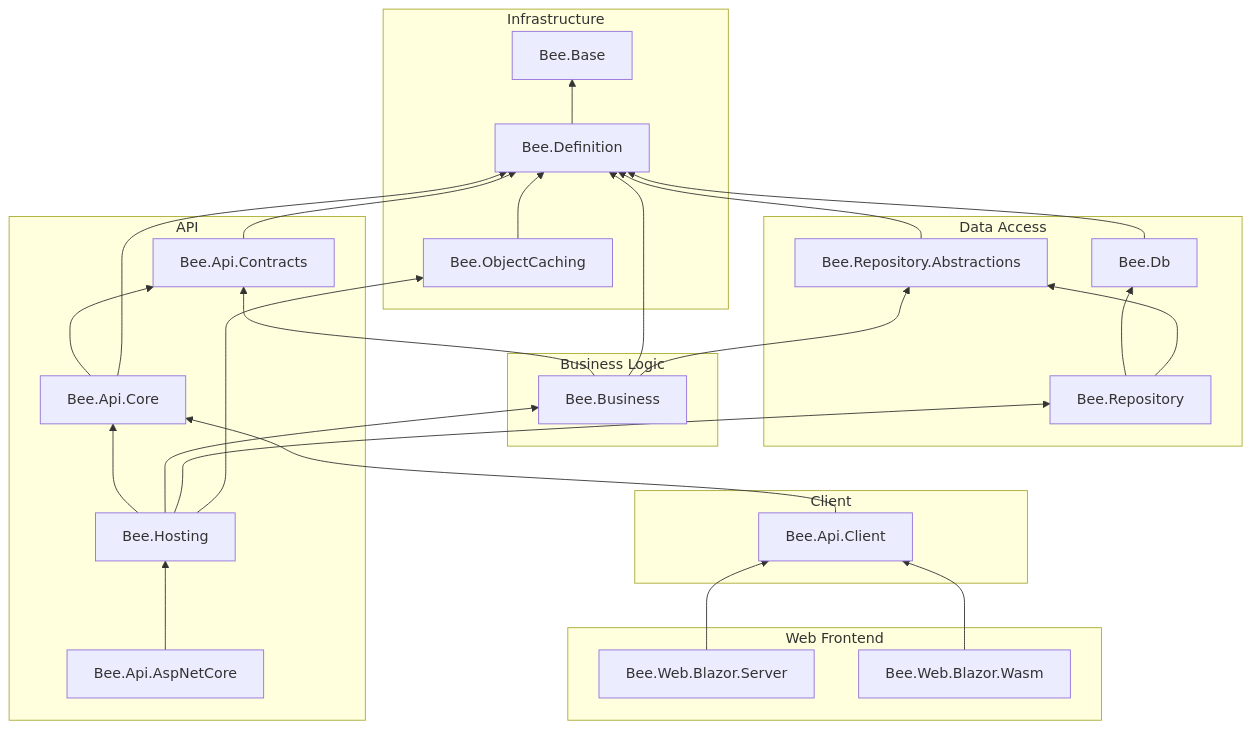
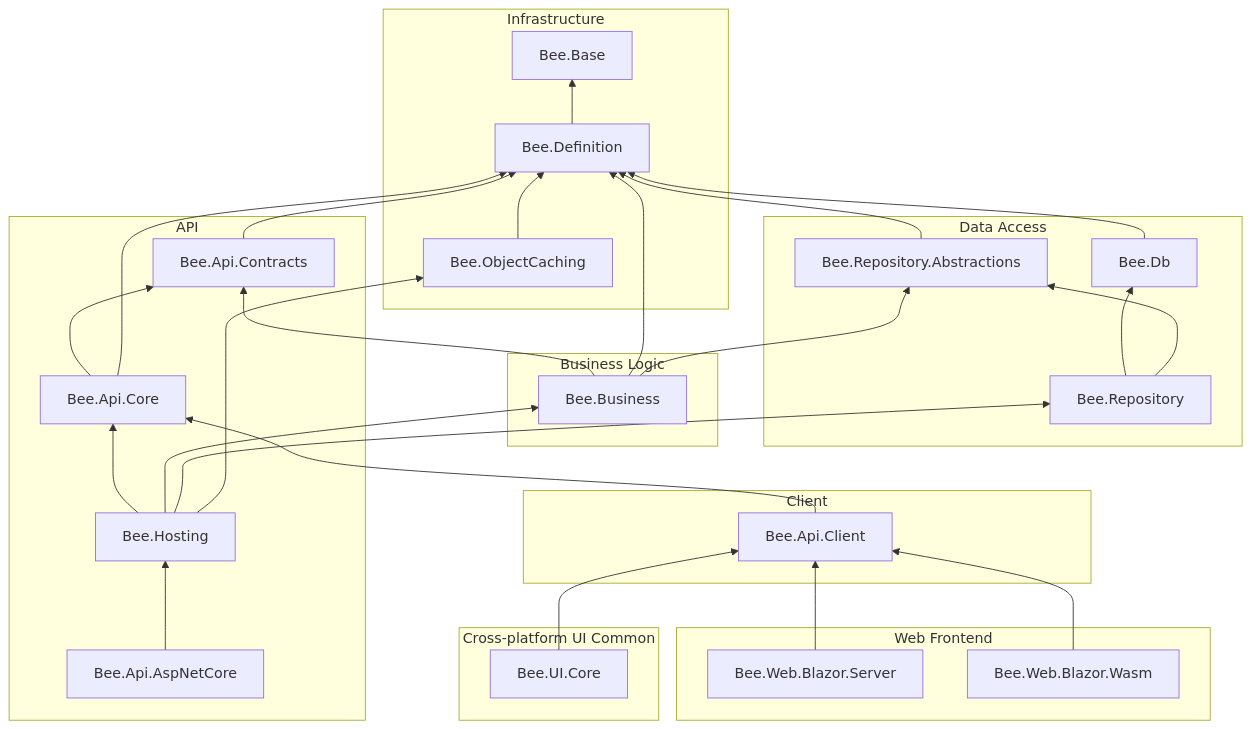
Before and after one commit to jeff377/bee-library: the diagram in docs/dependency-map.md, drawn with Mermaid. The commit also changed other lines of this file and 2 other files, not shown here.

Commit message:
docs(merge): dependency-map 補 Bee.UI.Core 跨平台 UI 共通層
- 雙語版相依圖加 Cross-platform UI Common subgraph,UICore --> Client
- 專案數 14 → 15,external package table 無新外部依賴
- 架構要點補 Bee.UI.Core 定位:供桌面 / Web / 未來 MAUI 共用
  client-side 連線狀態與 endpoint 持久化,無平台專屬 UI 程式碼
- plan-merge-bee-ui-core 標完成

````diff
--- a/docs/dependency-map.md
+++ b/docs/dependency-map.md
@@ -11,55 +11,60 @@
 ```mermaid
 graph BT
   subgraph Infrastructure
     Base["Bee.Base"]
     Definition["Bee.Definition"]
     Caching["Bee.ObjectCaching"]
   end
 
   subgraph DataAccess [Data Access]
     RepoAbs["Bee.Repository.Abstractions"]
     Db["Bee.Db"]
     Repo["Bee.Repository"]
   end
 
   subgraph BusinessLogic [Business Logic]
     Business["Bee.Business"]
   end
 
   subgraph API
     Contracts["Bee.Api.Contracts"]
     Core["Bee.Api.Core"]
     Hosting["Bee.Hosting"]
     AspNet["Bee.Api.AspNetCore"]
   end
 
   subgraph ClientLayer [Client]
     Client["Bee.Api.Client"]
   end
 
+  subgraph CrossPlatformUI [Cross-platform UI Common]
+    UICore["Bee.UI.Core"]
+  end
+
   subgraph WebFrontend [Web Frontend]
     BlazorSrv["Bee.Web.Blazor.Server"]
     BlazorWasm["Bee.Web.Blazor.Wasm"]
   end
 
   Definition --> Base
   Contracts --> Definition
   Db --> Definition
   RepoAbs --> Definition
   Caching --> Definition
   Business --> Contracts
   Business --> Definition
   Business --> RepoAbs
   Repo --> Db
   Repo --> RepoAbs
   Core --> Contracts
   Core --> Definition
   Hosting --> Core
   Hosting --> Business
   Hosting --> Repo
   Hosting --> Caching
   AspNet --> Hosting
   Client --> Core
+  UICore --> Client
   BlazorSrv --> Client
   BlazorWasm --> Client
 ```
````
